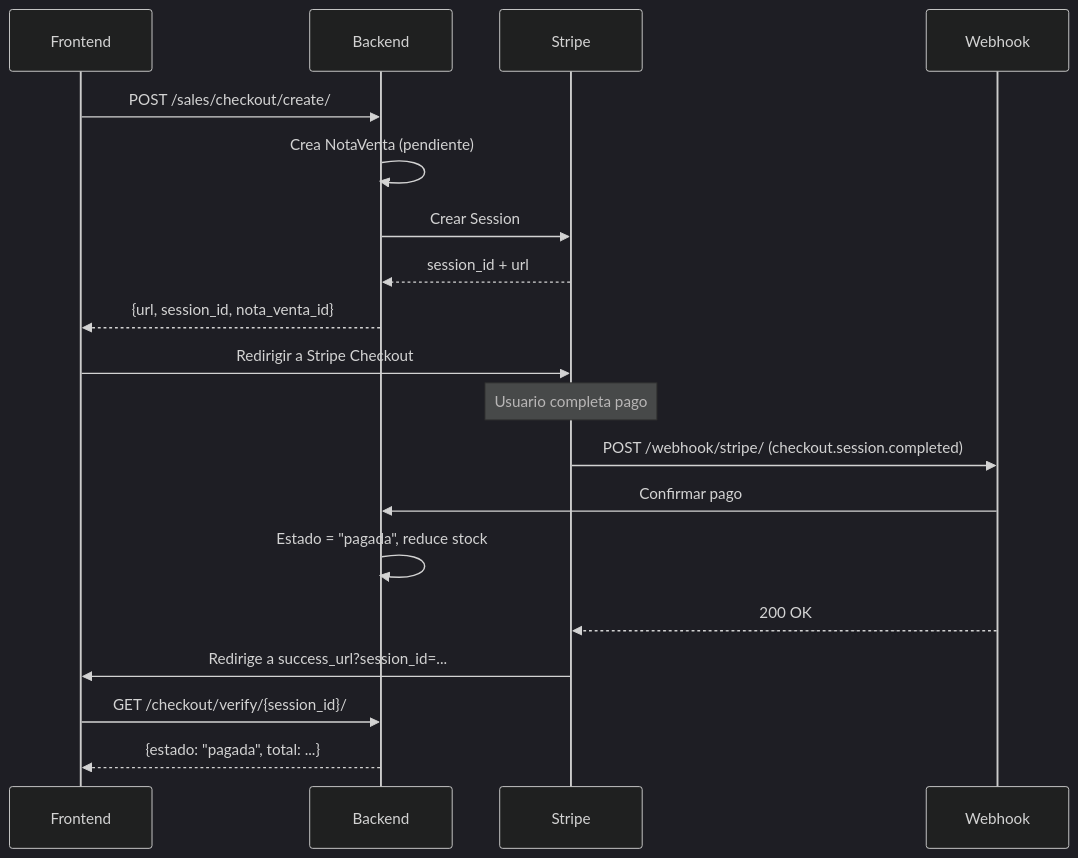
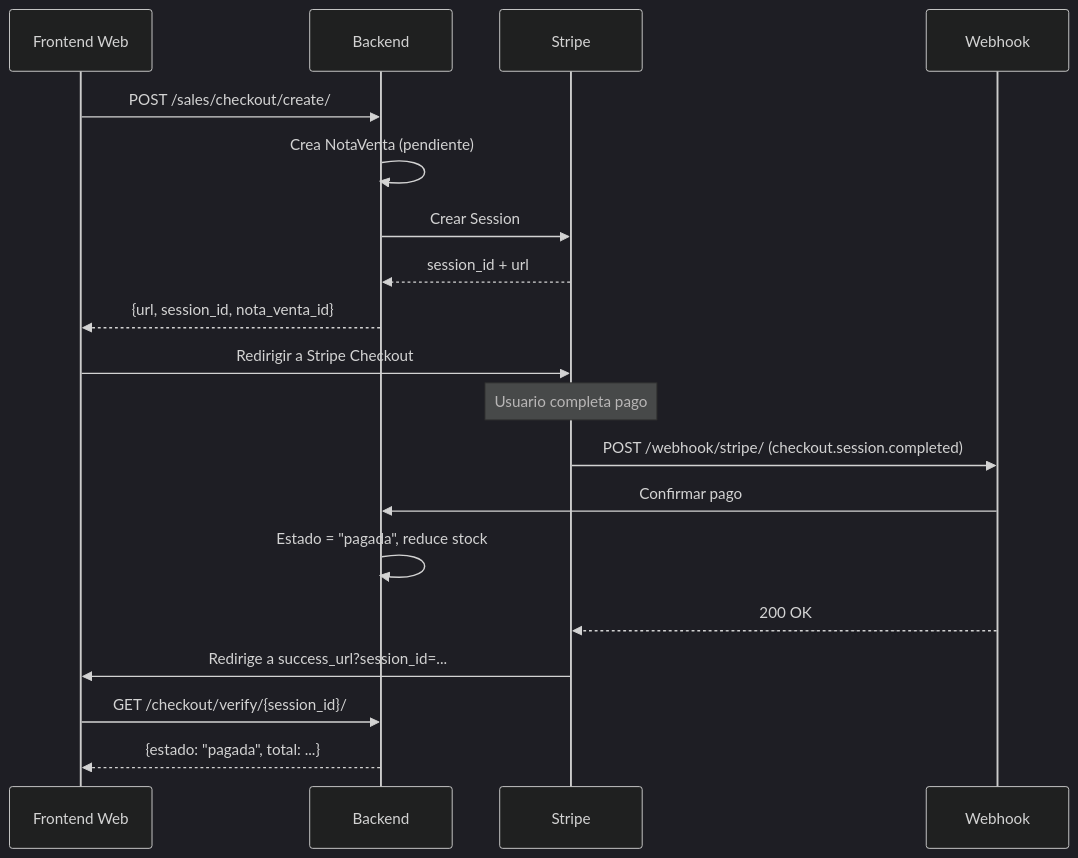
The first of 2 diagrams in app/sales/sales.md (luisrepo25/Parcial2Backend), drawn with Mermaid (dark theme) before and after one commit. The commit also changed other lines of this file and 4 other files, not shown here.

````diff
--- a/app/sales/sales.md
+++ b/app/sales/sales.md
@@ -462,22 +581,22 @@
 ```mermaid
 sequenceDiagram
-    participant F as Frontend
+    participant F as Frontend Web
     participant B as Backend
     participant S as Stripe
     participant W as Webhook
 
     F->>B: POST /sales/checkout/create/
     B->>B: Crea NotaVenta (pendiente)
     B->>S: Crear Session
     S-->>B: session_id + url
     B-->>F: {url, session_id, nota_venta_id}
     F->>S: Redirigir a Stripe Checkout
     Note over S: Usuario completa pago
     S->>W: POST /webhook/stripe/ (checkout.session.completed)
     W->>B: Confirmar pago
     B->>B: Estado = "pagada", reduce stock
     W-->>S: 200 OK
     S->>F: Redirige a success_url?session_id=...
     F->>B: GET /checkout/verify/{session_id}/
     B-->>F: {estado: "pagada", total: ...}
 ```
````
